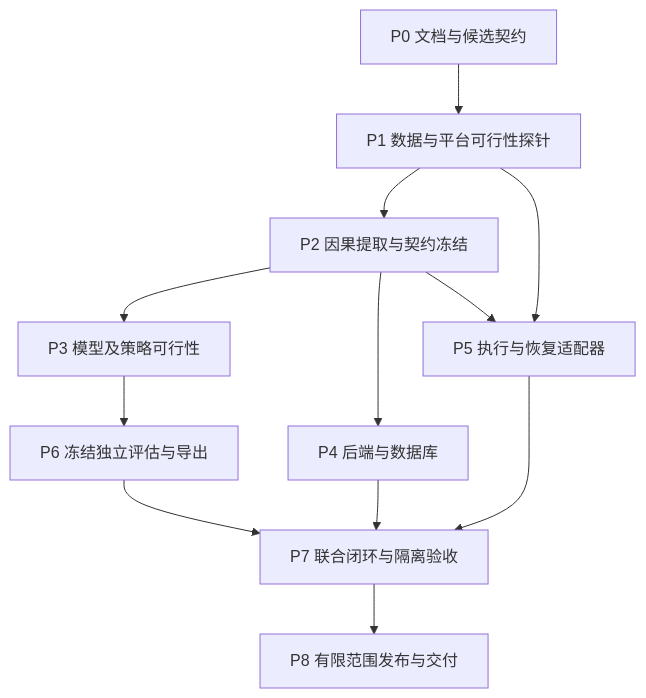
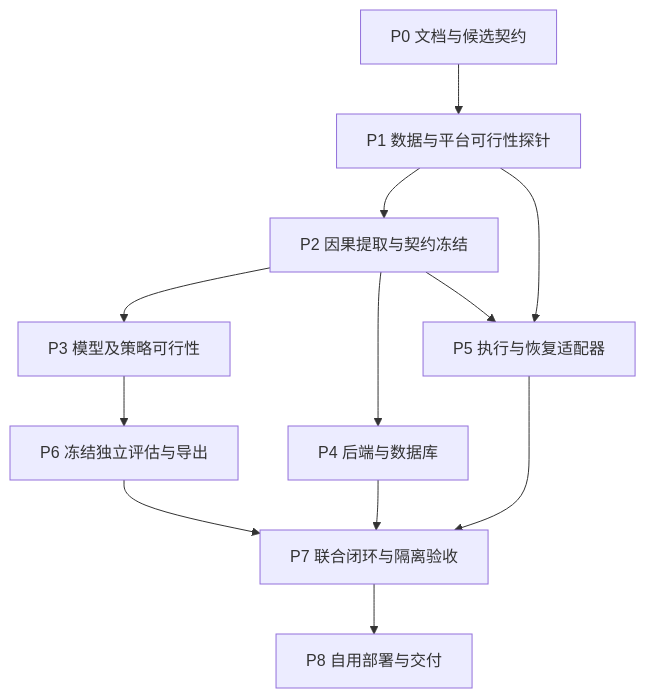
One commit to X-yhhh/cyber-security changed the diagram in docs/开发路线.md. Above: the diagram before and after it, drawn with Mermaid. The commit also changed other lines of this file and 28 other files, not shown here.

````diff
--- a/docs/开发路线.md
+++ b/docs/开发路线.md
@@ -20,14 +26,14 @@
 ```mermaid
 flowchart TD
   P0[P0 文档与候选契约] --> P1[P1 数据与平台可行性探针]
   P1 --> P2[P2 因果提取与契约冻结]
   P2 --> P3[P3 模型及策略可行性]
   P2 --> P4[P4 后端与数据库]
   P1 --> P5[P5 执行与恢复适配器]
   P2 --> P5
   P3 --> P6[P6 冻结独立评估与导出]
   P4 --> P7[P7 联合闭环与隔离验收]
   P5 --> P7
   P6 --> P7
-  P7 --> P8[P8 有限范围发布与交付]
+  P7 --> P8[P8 自用部署与交付]
 ```
````
